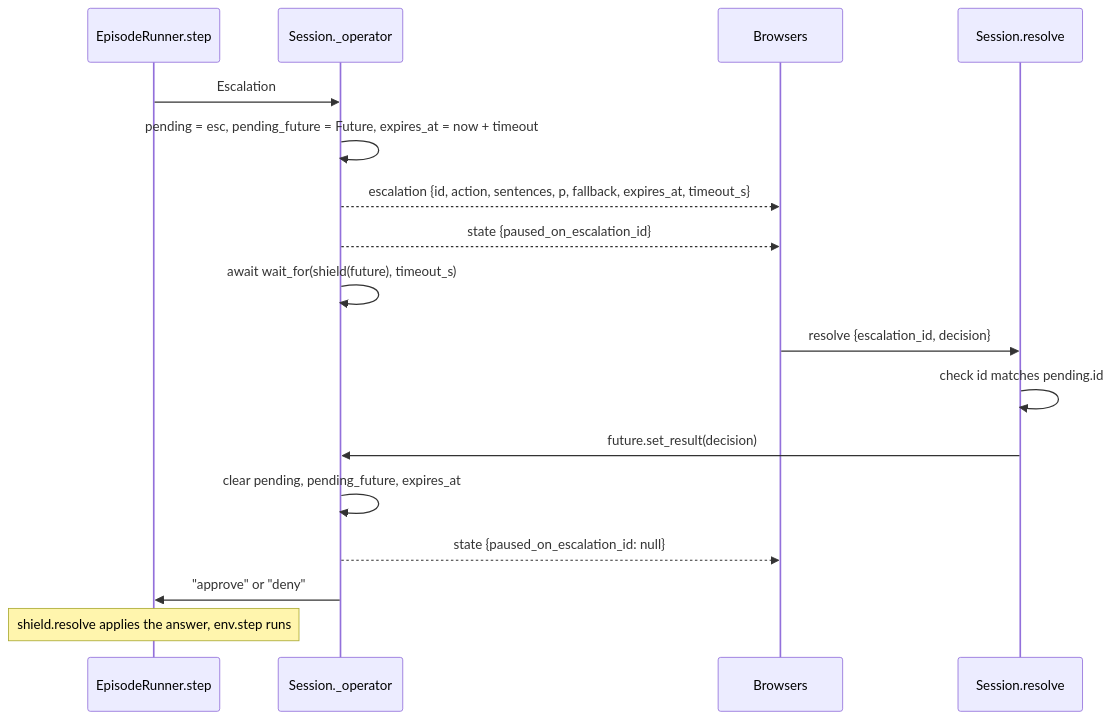
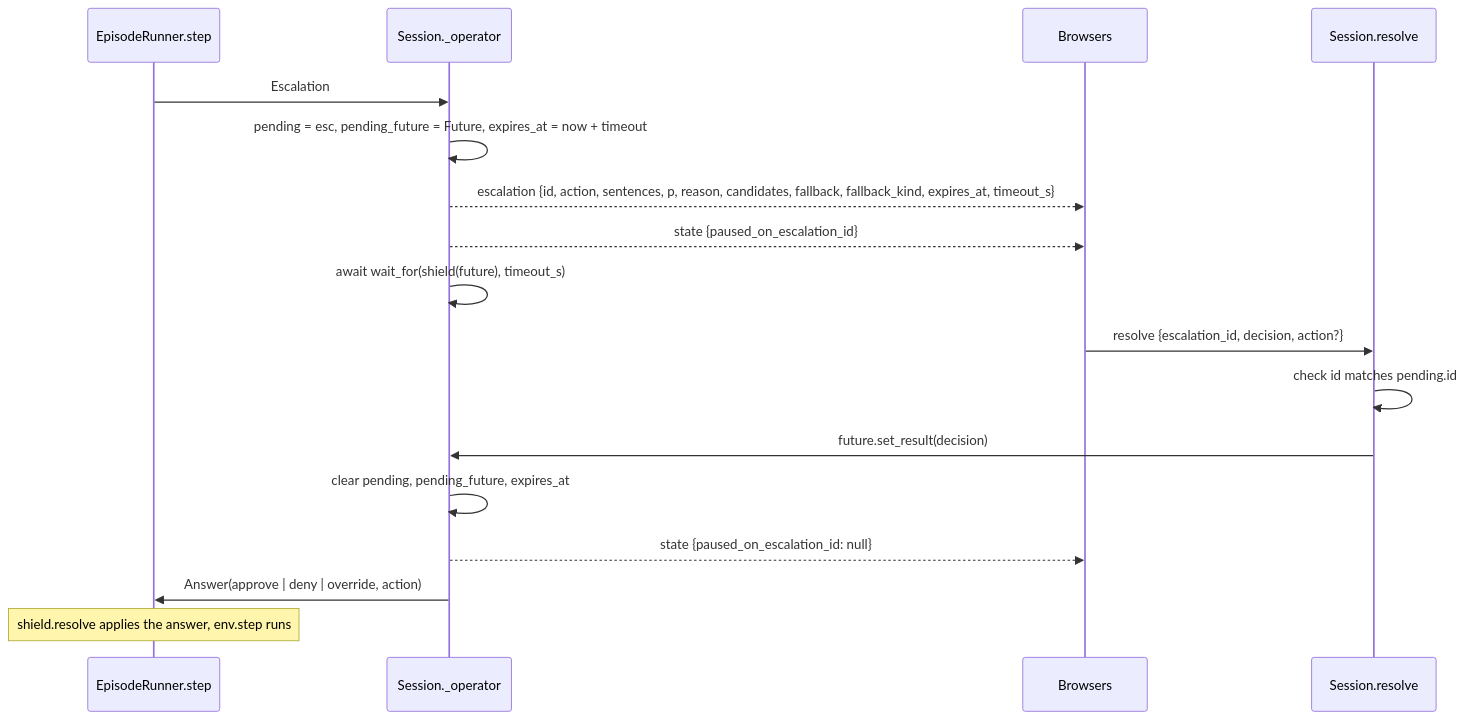
One commit to sequenzia/Interlock changed the diagram in docs/developer-guide/backend/server.md. Above: the diagram before and after it, drawn with Mermaid. The commit also changed other lines of this file and 48 other files, not shown here.

````diff
--- a/docs/developer-guide/backend/server.md
+++ b/docs/developer-guide/backend/server.md
@@ -125,19 +125,19 @@
 ```mermaid
 sequenceDiagram
   participant R as EpisodeRunner.step
   participant S as Session._operator
   participant B as Browsers
   participant H as Session.resolve
   R->>S: Escalation
   S->>S: pending = esc, pending_future = Future, expires_at = now + timeout
-  S-->>B: escalation {id, action, sentences, p, fallback, expires_at, timeout_s}
+  S-->>B: escalation {id, action, sentences, p, reason, candidates, fallback, fallback_kind, expires_at, timeout_s}
   S-->>B: state {paused_on_escalation_id}
   S->>S: await wait_for(shield(future), timeout_s)
-  B->>H: resolve {escalation_id, decision}
+  B->>H: resolve {escalation_id, decision, action?}
   H->>H: check id matches pending.id
   H->>S: future.set_result(decision)
   S->>S: clear pending, pending_future, expires_at
   S-->>B: state {paused_on_escalation_id: null}
-  S->>R: "approve" or "deny"
+  S->>R: Answer(approve | deny | override, action)
   Note over R: shield.resolve applies the answer, env.step runs
 ```
````
